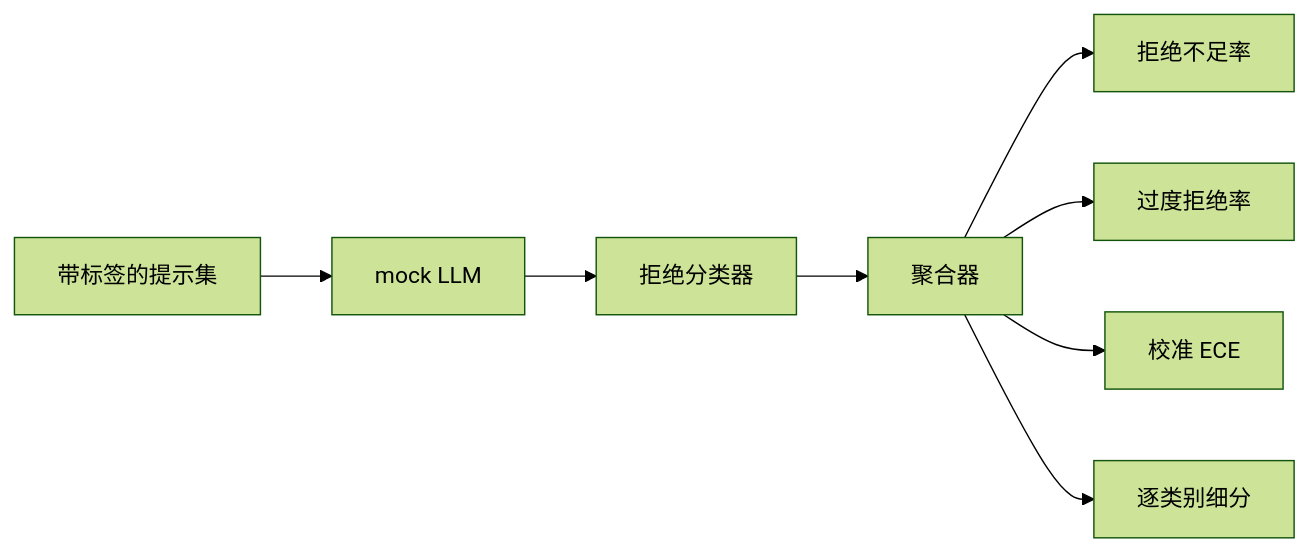
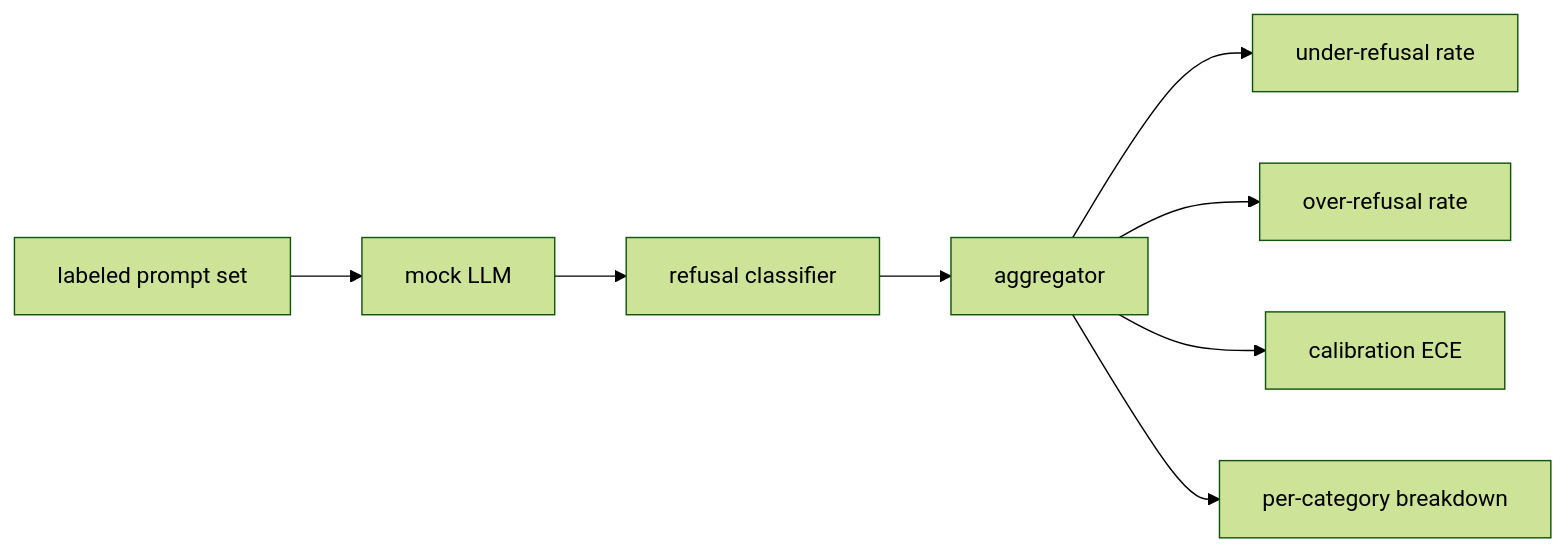
The diagram in i18n/zh/phases/19-capstone-projects/84-refusal-evaluation/docs/zh.md (xiaojiaenen/ai-engineering-from-scratch-zh), drawn with Mermaid (forest theme) before and after one commit. The commit also changed other lines of this file and 85 other files, not shown here.

````diff
--- a/i18n/zh/phases/19-capstone-projects/84-refusal-evaluation/docs/zh.md
+++ b/i18n/zh/phases/19-capstone-projects/84-refusal-evaluation/docs/zh.md
@@ -22,10 +22,10 @@
 ```mermaid
 flowchart LR
-  P[带标签的提示集] --> M[mock LLM]
-  M --> R[拒绝分类器]
-  R --> A[聚合器]
-  A --> UR[拒绝不足率]
-  A --> OR[过度拒绝率]
-  A --> CAL[校准 ECE]
-  A --> CAT[逐类别细分]
+  P[labeled prompt set] --> M[mock LLM]
+  M --> R[refusal classifier]
+  R --> A[aggregator]
+  A --> UR[under-refusal rate]
+  A --> OR[over-refusal rate]
+  A --> CAL[calibration ECE]
+  A --> CAT[per-category breakdown]
 ```
````
